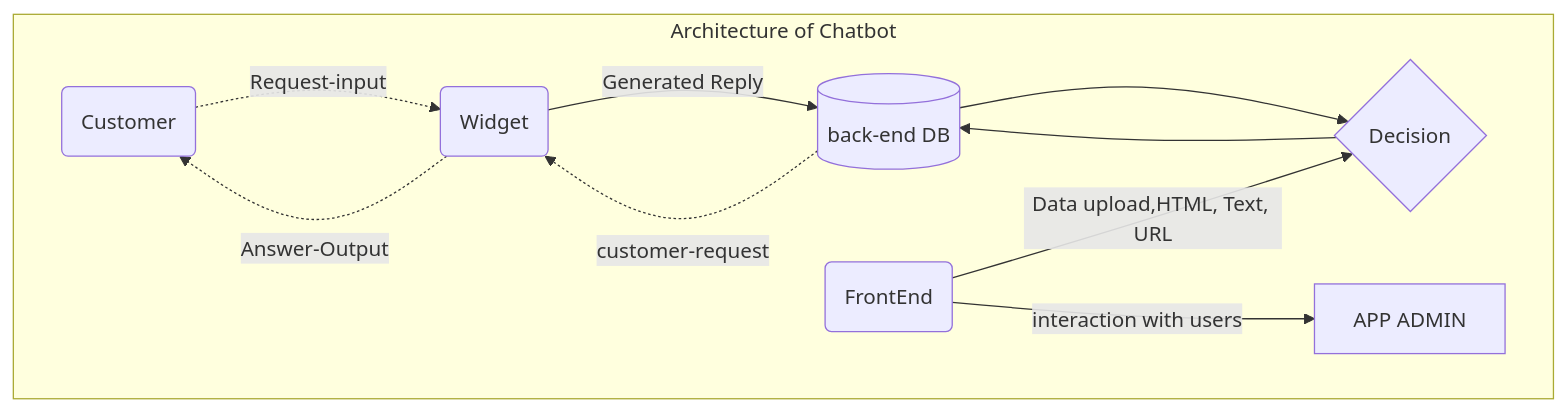
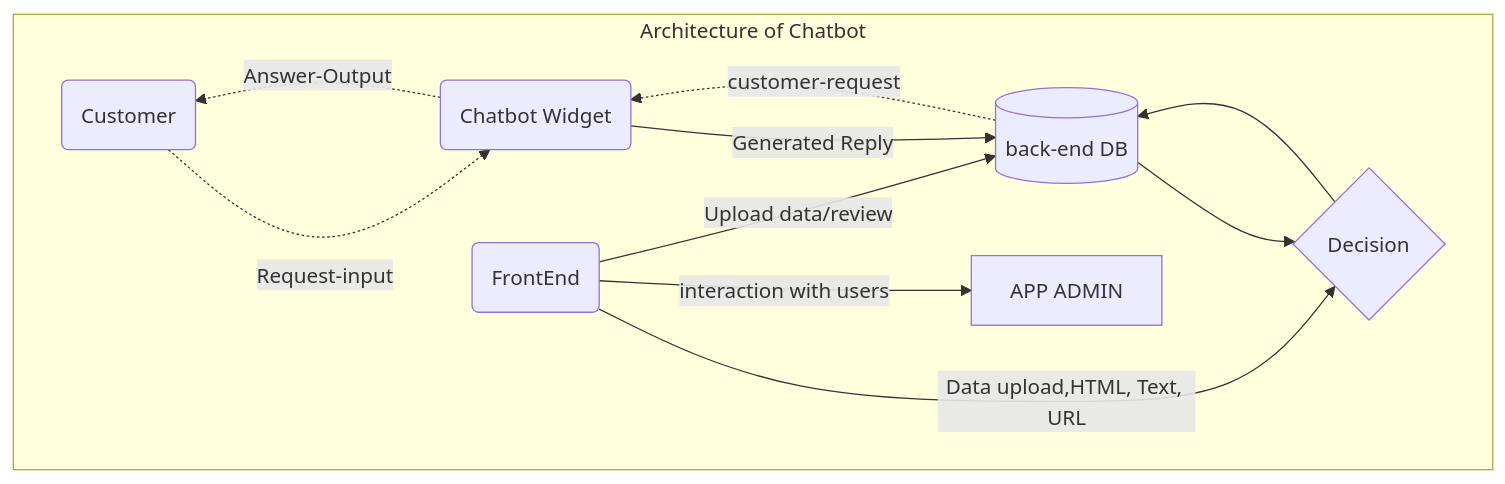
The diagram in Docs/systemanalysis.mmd (AsmaRahim7/Car_Dealership_Chatbot), drawn with Mermaid before and after one commit.

Commit message:
designcomit

```diff
--- a/Docs/systemanalysis.mmd
+++ b/Docs/systemanalysis.mmd
@@ -1,19 +1,19 @@
 
 flowchart TD
  subgraph s1["Architecture of Chatbot"]
-         n2["Customer"] -. "Request-input" .-> n3["Widget"]
+         n2["Customer"] -. "Request-input" .-> n3["Chatbot Widget"]
     n3 -. "Answer-Output" .-> n2
     n5["back-end DB"] -. "customer-request" .-> n3
     n3 -- Generated Reply --> n5
     n6["Decision"] --> n5
     n5 --> n6
     n7["FrontEnd"] -- Data upload,HTML, Text, URL --> n6
     n7 -- interaction with users --> n8["APP ADMIN"]
-
+    n7["FrontEnd"] -- Upload data/review --> n5
     n2@{ shape: rounded}
     n3@{ shape: rounded}
     n5@{ shape: cyl}
     n6@{ shape: decision}
     n7@{ shape: rounded}
 
   end
```
